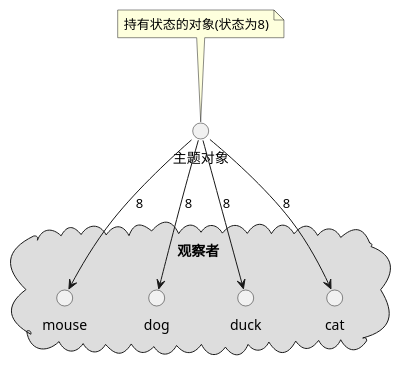
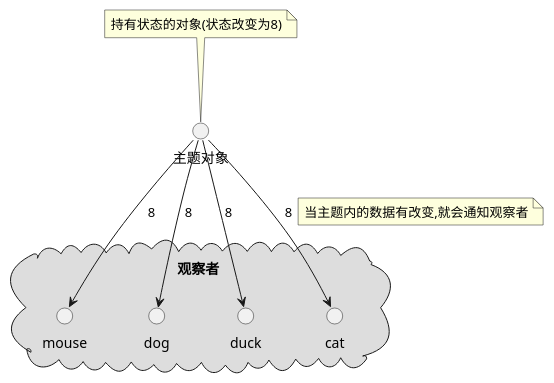
Before and after one commit to lindezhong/my-vim-config: the second of 4 diagrams in UltiSnips/design_patterns.md, drawn with PlantUML. The commit also changed other lines of this file and 1 other file, not shown here.

````diff
--- a/UltiSnips/design_patterns.md
+++ b/UltiSnips/design_patterns.md
@@ -216,20 +226,23 @@
 ```plantuml
 @startuml
 
 circle 主题对象 {}
-note top of 主题对象 : 持有状态的对象(状态为8)
+note top of 主题对象 : 持有状态的对象(状态改变为8)
 
 package "观察者" <<Cloud>> #DDDDDD {
     circle mouse {}
     circle dog {}
     circle duck {}
     circle cat {}
 }
 
 主题对象 --> mouse : 8
 主题对象 --> dog : 8
 主题对象 --> duck : 8
 主题对象 --> cat : 8
+note right on link
+当主题内的数据有改变,就会通知观察者
+end note
 
 @enduml
 ```
````
